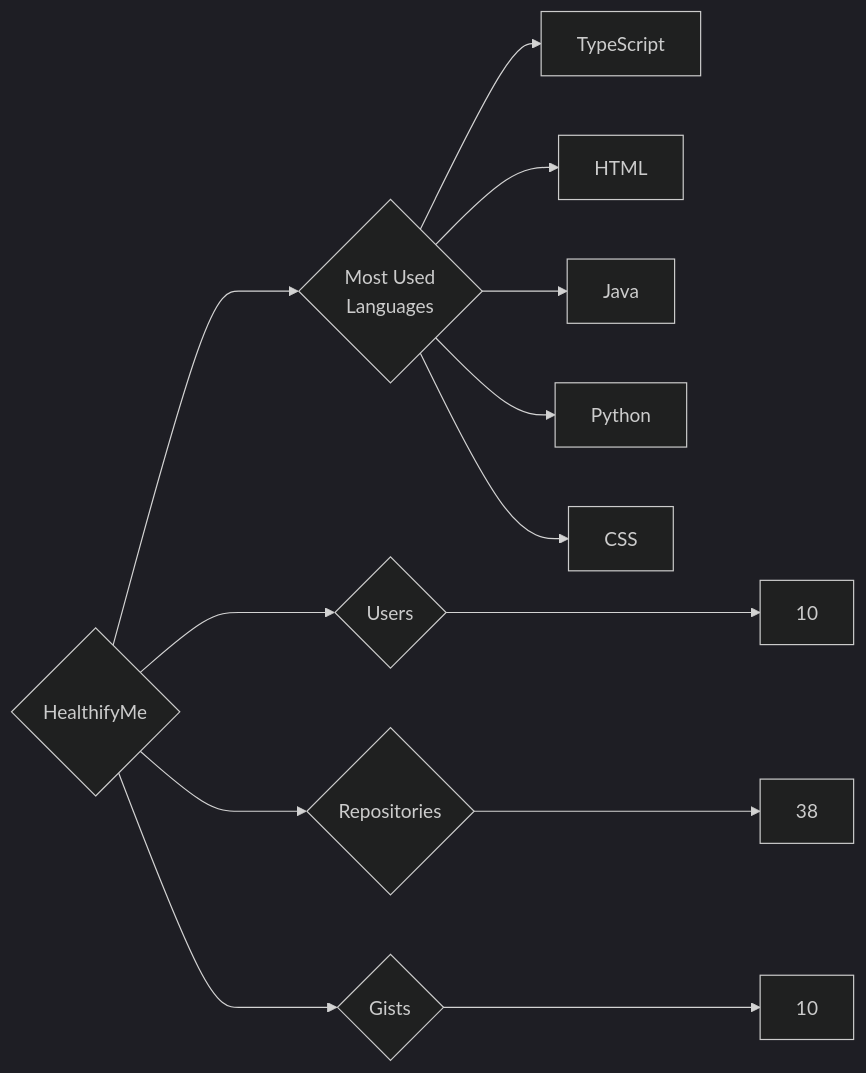
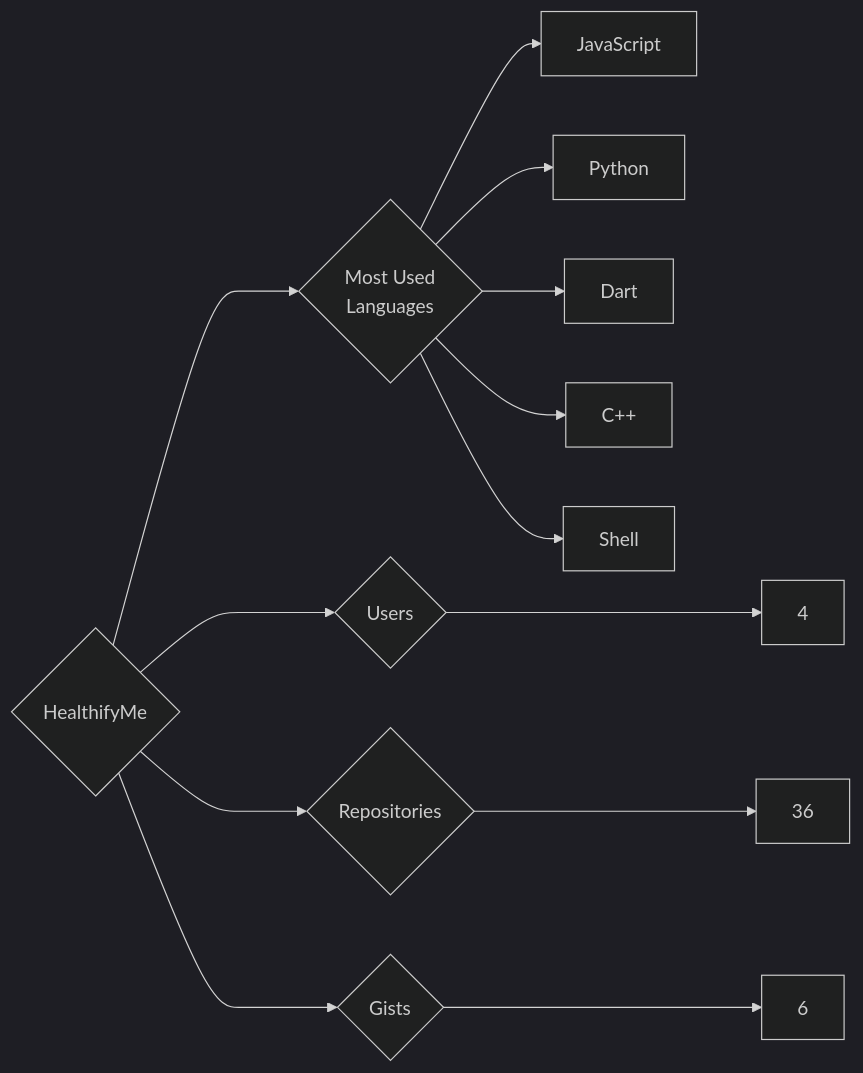
Before and after one commit to trickest/insiders: the diagram in targets/HealthifyMe/README.md, drawn with Mermaid (dark theme). The commit also changed 860 other files, not shown here.

````diff
--- a/targets/HealthifyMe/README.md
+++ b/targets/HealthifyMe/README.md
@@ -3,13 +3,13 @@
 ```mermaid
 graph LR
 COMPANY_NAME{HealthifyMe}
-COMPANY_NAME ---> U{Users} ---> UN[10]
-COMPANY_NAME ---> R{Repositories} ---> RN[38]
-COMPANY_NAME ---> G{Gists} ---> GN[10]
+COMPANY_NAME ---> U{Users} ---> UN[4]
+COMPANY_NAME ---> R{Repositories} ---> RN[36]
+COMPANY_NAME ---> G{Gists} ---> GN[6]
 COMPANY_NAME ---> ML{Most Used<br>Languages}
-ML --> TypeScript[TypeScript]
-ML --> HTML[HTML]
-ML --> Java[Java]
+ML --> JavaScript[JavaScript]
 ML --> Python[Python]
-ML --> CSS[CSS]
+ML --> Dart[Dart]
+ML --> C++[C++]
+ML --> Shell[Shell]
 ```
````
